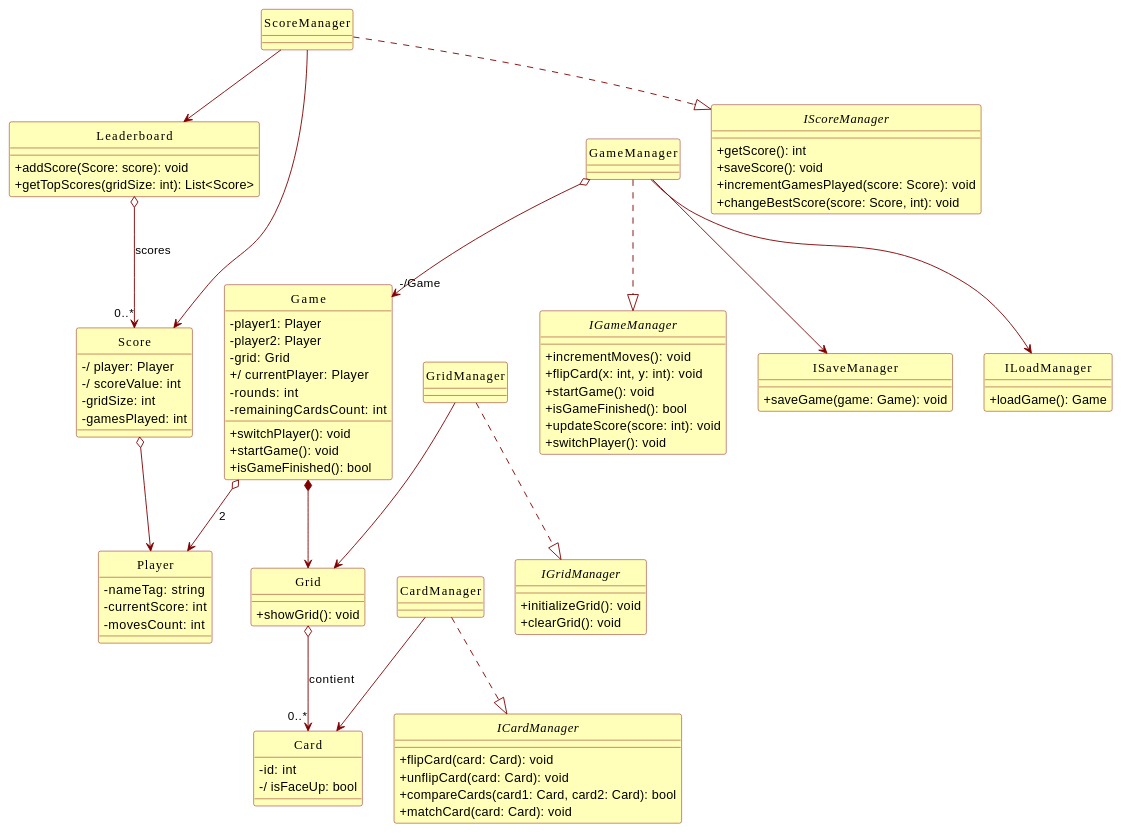
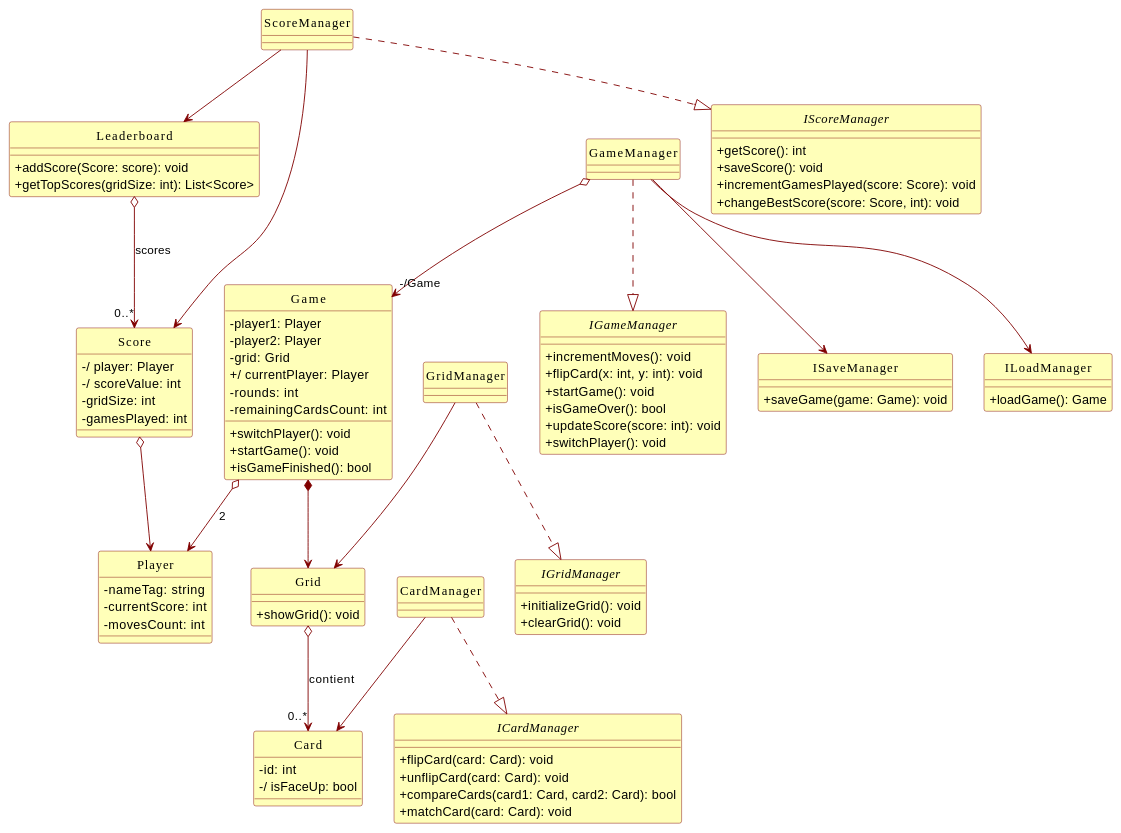
Before and after one commit to PosiTr0n505/Game-Memory: the diagram in src/Docs/Diagrammes/classes.md, drawn with PlantUML.

```diff
--- a/src/Docs/Diagrammes/classes.md
+++ b/src/Docs/Diagrammes/classes.md
@@ -66,7 +66,7 @@
     + incrementMoves(): void
     + flipCard(x: int, y: int): void
     + startGame(): void
-    + isGameFinished(): bool
+    + isGameOver(): bool
 	+ updateScore(score: int): void
     + switchPlayer(): void
 }
```
